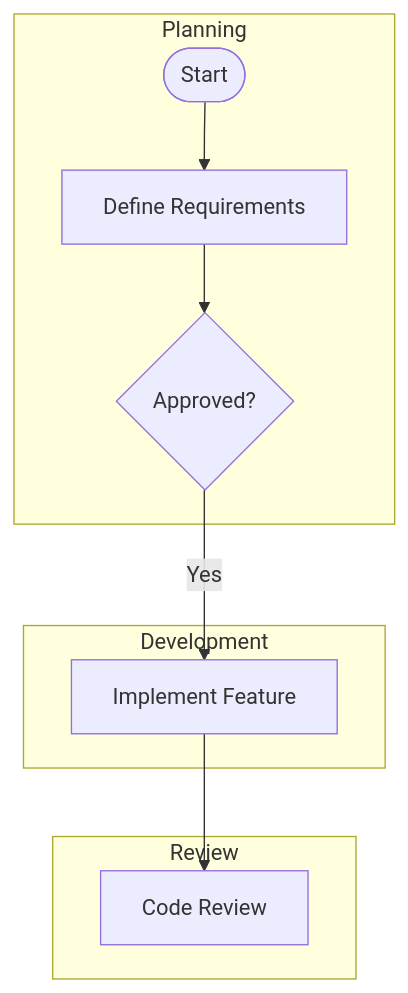
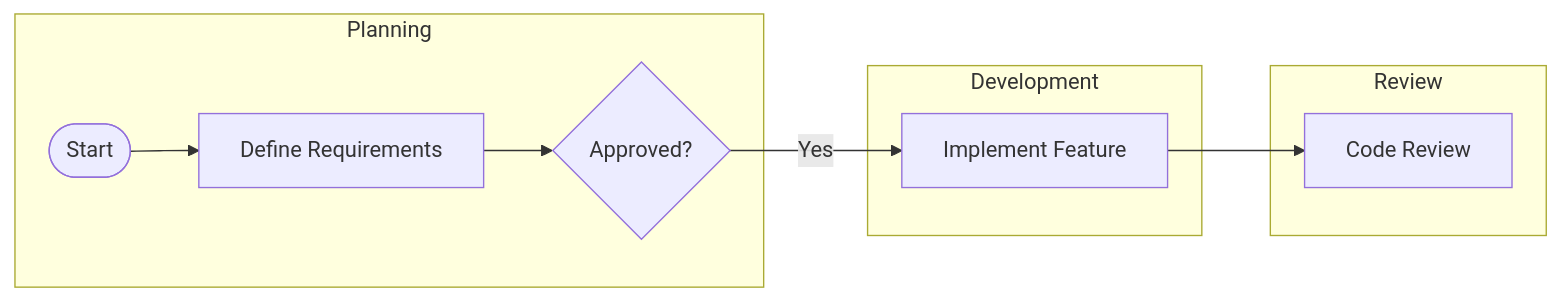
The diagram in mmd/www_d8e6cfc4-8cfb-4f47-9fd1-da0ed7b436b2.mmd (pingpm/mermaid_vault), drawn with Mermaid before and after one commit. The commit also changed 2 other files, not shown here.

Commit message:
Sync Mermaid Studio data (10 diagrams)

```diff
--- a/mmd/www_d8e6cfc4-8cfb-4f47-9fd1-da0ed7b436b2.mmd
+++ b/mmd/www_d8e6cfc4-8cfb-4f47-9fd1-da0ed7b436b2.mmd
@@ -1,16 +1,16 @@
-graph TD
+graph LR
   subgraph lane_lane_1["Planning"]
+    t_task_3{"Approved?"}
     t_task_1(["Start"])
     t_task_2["Define Requirements"]
-    t_task_3{"Approved?"}
   end
   subgraph lane_lane_2["Development"]
     t_task_4["Implement Feature"]
   end
   subgraph lane_lane_3["Review"]
     t_task_5["Code Review"]
   end
   t_task_1 --> t_task_2
   t_task_2 --> t_task_3
   t_task_3 -->|"Yes"| t_task_4
   t_task_4 --> t_task_5
```
